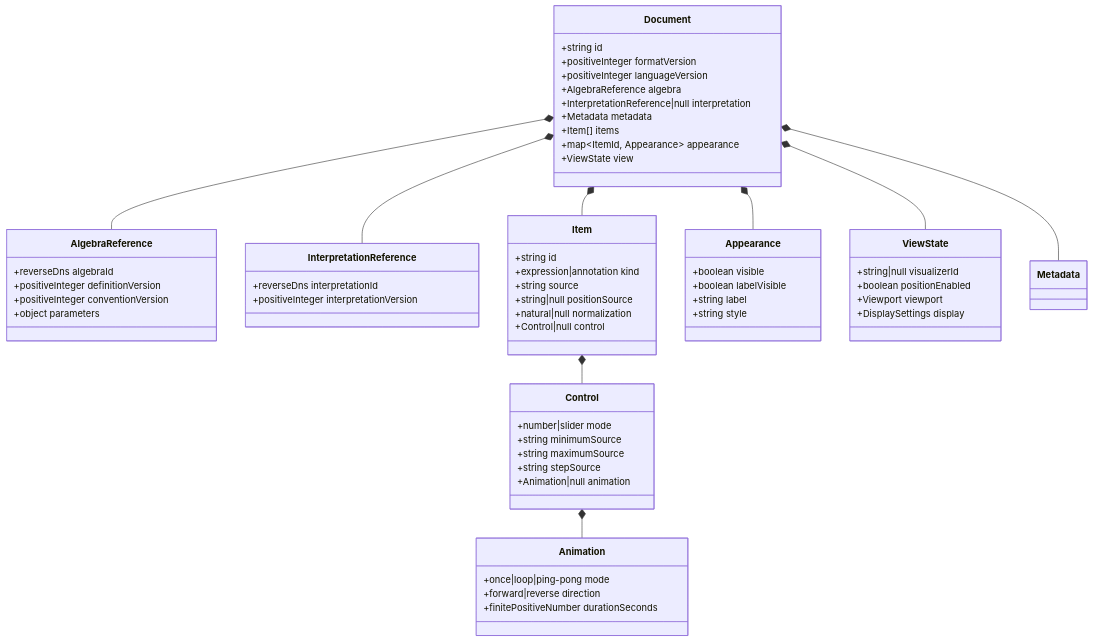
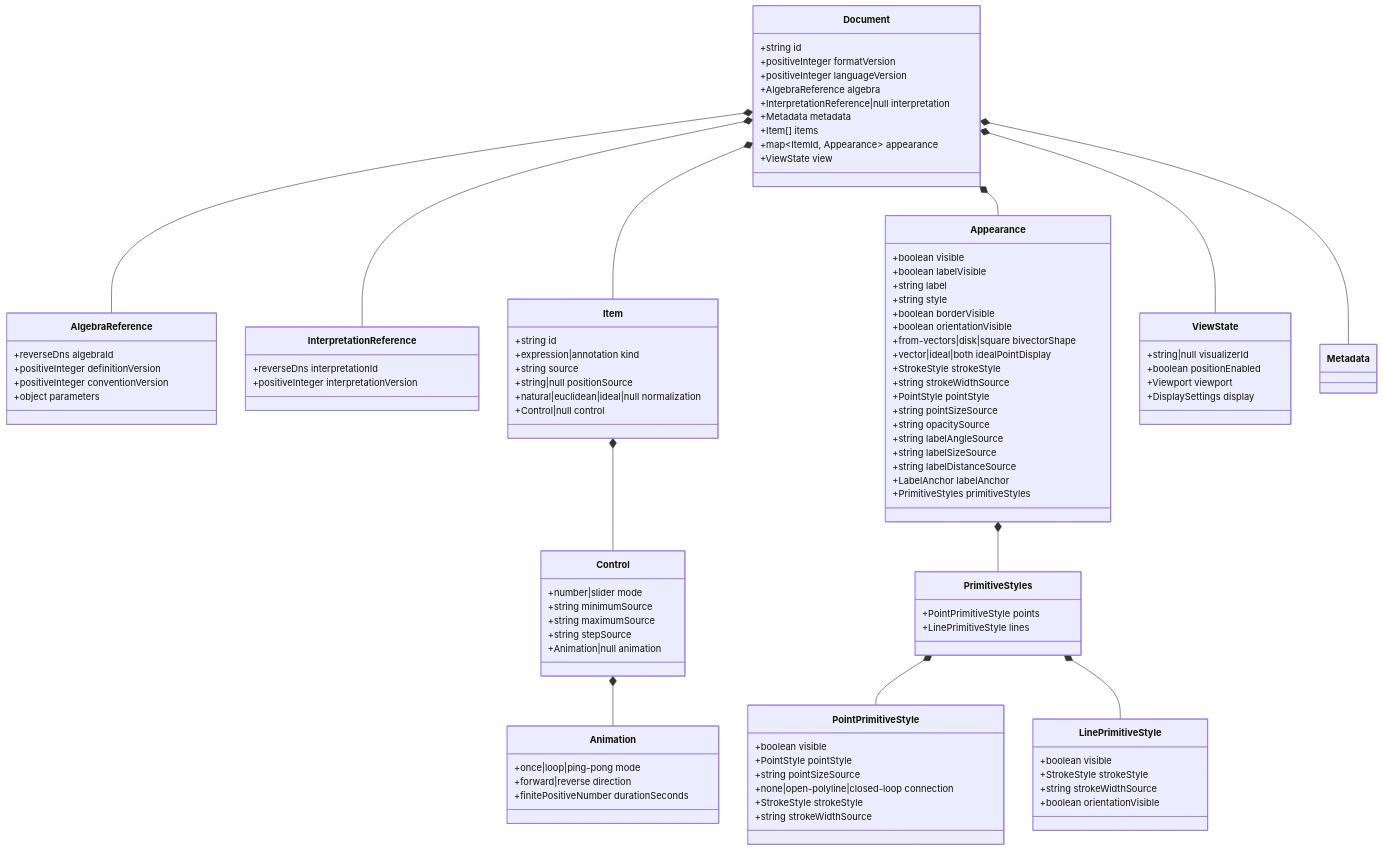
Before and after one commit to eharquin/gamut: the first of 2 diagrams in docs/specifications/document-format.md, drawn with Mermaid. The commit also changed other lines of this file and 12 other files, not shown here.

```diff
--- a/docs/specifications/document-format.md
+++ b/docs/specifications/document-format.md
@@ -108,7 +114,7 @@
       +expression|annotation kind
       +string source
       +string|null positionSource
-      +natural|null normalization
+      +natural|euclidean|ideal|null normalization
       +Control|null control
     }
     class Control {
@@ -128,6 +134,38 @@
       +boolean labelVisible
       +string label
       +string style
+      +boolean borderVisible
+      +boolean orientationVisible
+      +from-vectors|disk|square bivectorShape
+      +vector|ideal|both idealPointDisplay
+      +StrokeStyle strokeStyle
+      +string strokeWidthSource
+      +PointStyle pointStyle
+      +string pointSizeSource
+      +string opacitySource
+      +string labelAngleSource
+      +string labelSizeSource
+      +string labelDistanceSource
+      +LabelAnchor labelAnchor
+      +PrimitiveStyles primitiveStyles
+    }
+    class PrimitiveStyles {
+      +PointPrimitiveStyle points
+      +LinePrimitiveStyle lines
+    }
+    class PointPrimitiveStyle {
+      +boolean visible
+      +PointStyle pointStyle
+      +string pointSizeSource
+      +none|open-polyline|closed-loop connection
+      +StrokeStyle strokeStyle
+      +string strokeWidthSource
+    }
+    class LinePrimitiveStyle {
+      +boolean visible
+      +StrokeStyle strokeStyle
+      +string strokeWidthSource
+      +boolean orientationVisible
     }
     class ViewState {
       +string|null visualizerId
@@ -140,6 +178,9 @@
     Document *-- Metadata
     Document *-- Item
     Document *-- Appearance
+    Appearance *-- PrimitiveStyles
+    PrimitiveStyles *-- PointPrimitiveStyle
+    PrimitiveStyles *-- LinePrimitiveStyle
     Document *-- ViewState
     Item *-- Control
     Control *-- Animation
```
